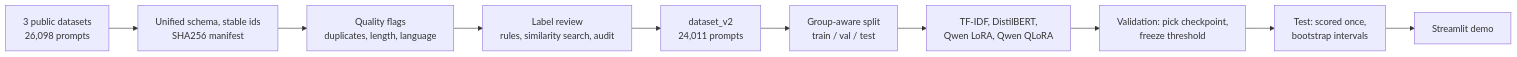
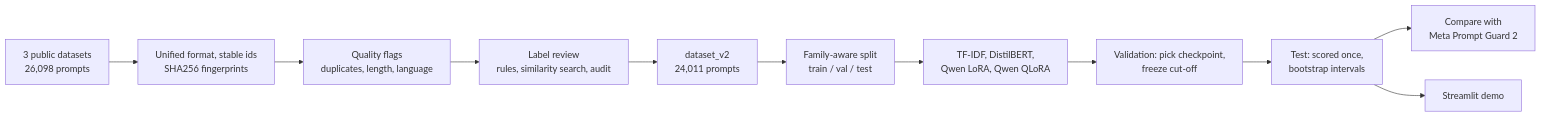
The diagram in README.md (parth5980/PromptShield-AI), drawn with Mermaid before and after one commit. The commit also changed other lines of this file and 3 other files, not shown here.

Commit message:
Add Prompt Guard 2 comparison

````diff
--- a/README.md
+++ b/README.md
@@ -65,12 +106,13 @@
 ```mermaid
 flowchart LR
-    A["3 public datasets<br/>26,098 prompts"] --> B["Unified schema, stable ids<br/>SHA256 manifest"]
+    A["3 public datasets<br/>26,098 prompts"] --> B["Unified format, stable ids<br/>SHA256 fingerprints"]
     B --> C["Quality flags<br/>duplicates, length, language"]
     C --> D["Label review<br/>rules, similarity search, audit"]
     D --> E["dataset_v2<br/>24,011 prompts"]
-    E --> F["Group-aware split<br/>train / val / test"]
+    E --> F["Family-aware split<br/>train / val / test"]
     F --> G["TF-IDF, DistilBERT,<br/>Qwen LoRA, Qwen QLoRA"]
-    G --> H["Validation: pick checkpoint,<br/>freeze threshold"]
+    G --> H["Validation: pick checkpoint,<br/>freeze cut-off"]
     H --> I["Test: scored once,<br/>bootstrap intervals"]
-    I --> J["Streamlit demo"]
+    I --> J["Compare with<br/>Meta Prompt Guard 2"]
+    I --> K["Streamlit demo"]
 ```
````
